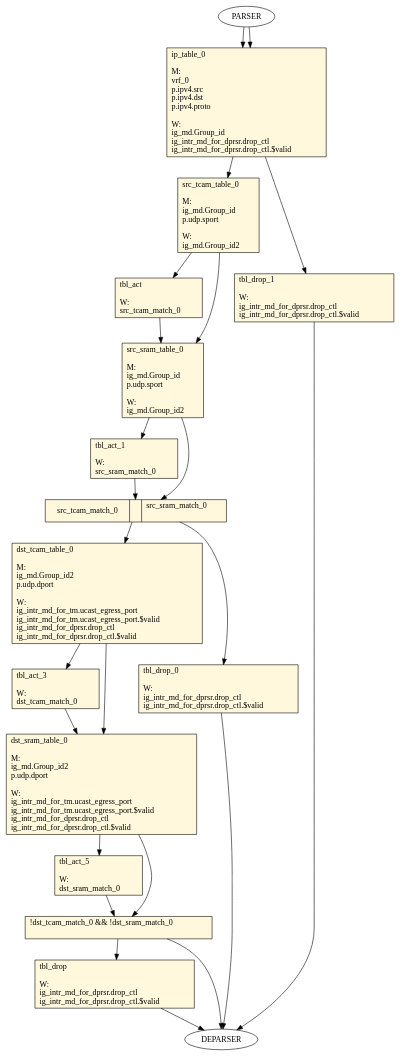
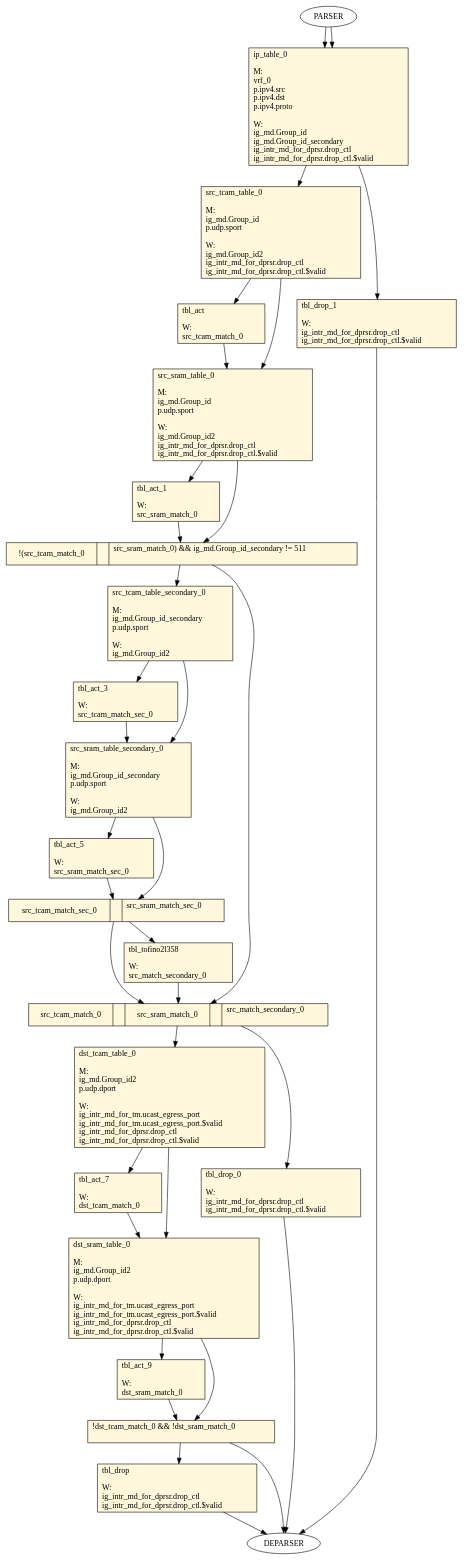
The diagram in target/tofino2/tofino2/pipe/graphs/0_table_flow_graph_ingress.dot (Moustachego/HyperLens), drawn with Graphviz before and after one commit. The commit also changed 53 other files, not shown here.

```diff
--- a/target/tofino2/tofino2/pipe/graphs/0_table_flow_graph_ingress.dot
+++ b/target/tofino2/tofino2/pipe/graphs/0_table_flow_graph_ingress.dot
@@ -1,105 +1,151 @@
 digraph ingress {
 ip_table_0 [ shape=record, style="filled", fillcolor=cornsilk, label="ip_table_0\l\l
 M:\l
  vrf_0\l
  p.ipv4.src\l
  p.ipv4.dst\l
  p.ipv4.proto\l
 \lW:\l
  ig_md.Group_id\l
+ ig_md.Group_id_secondary\l
  ig_intr_md_for_dprsr.drop_ctl\l
  ig_intr_md_for_dprsr.drop_ctl.$valid\l
  "];
 src_tcam_table_0 [ shape=record, style="filled", fillcolor=cornsilk, label="src_tcam_table_0\l\l
 M:\l
  ig_md.Group_id\l
  p.udp.sport\l
 \lW:\l
  ig_md.Group_id2\l
+ ig_intr_md_for_dprsr.drop_ctl\l
+ ig_intr_md_for_dprsr.drop_ctl.$valid\l
  "];
 tbl_drop_1 [ shape=record, style="filled", fillcolor=cornsilk, label="tbl_drop_1\l\l
 W:\l
  ig_intr_md_for_dprsr.drop_ctl\l
  ig_intr_md_for_dprsr.drop_ctl.$valid\l
  "];
 tbl_act [ shape=record, style="filled", fillcolor=cornsilk, label="tbl_act\l\l
 W:\l
  src_tcam_match_0\l
  "];
 src_sram_table_0 [ shape=record, style="filled", fillcolor=cornsilk, label="src_sram_table_0\l\l
 M:\l
  ig_md.Group_id\l
  p.udp.sport\l
 \lW:\l
  ig_md.Group_id2\l
+ ig_intr_md_for_dprsr.drop_ctl\l
+ ig_intr_md_for_dprsr.drop_ctl.$valid\l
  "];
 tbl_act_1 [ shape=record, style="filled", fillcolor=cornsilk, label="tbl_act_1\l\l
 W:\l
  src_sram_match_0\l
  "];
-cond_3 [ shape=record, style="filled", fillcolor=cornsilk, label="src_tcam_match_0 || src_sram_match_0\l\l
+cond_5 [ shape=record, style="filled", fillcolor=cornsilk, label="!(src_tcam_match_0 || src_sram_match_0) && ig_md.Group_id_secondary != 511\l\l
+ "];
+src_tcam_table_secondary_0 [ shape=record, style="filled", fillcolor=cornsilk, label="src_tcam_table_secondary_0\l\l
+M:\l
+ ig_md.Group_id_secondary\l
+ p.udp.sport\l
+\lW:\l
+ ig_md.Group_id2\l
+ "];
+cond_7 [ shape=record, style="filled", fillcolor=cornsilk, label="src_tcam_match_0 || src_sram_match_0 || src_match_secondary_0\l\l
+ "];
+tbl_act_3 [ shape=record, style="filled", fillcolor=cornsilk, label="tbl_act_3\l\l
+W:\l
+ src_tcam_match_sec_0\l
+ "];
+src_sram_table_secondary_0 [ shape=record, style="filled", fillcolor=cornsilk, label="src_sram_table_secondary_0\l\l
+M:\l
+ ig_md.Group_id_secondary\l
+ p.udp.sport\l
+\lW:\l
+ ig_md.Group_id2\l
+ "];
+tbl_act_5 [ shape=record, style="filled", fillcolor=cornsilk, label="tbl_act_5\l\l
+W:\l
+ src_sram_match_sec_0\l
+ "];
+cond_6 [ shape=record, style="filled", fillcolor=cornsilk, label="src_tcam_match_sec_0 || src_sram_match_sec_0\l\l
+ "];
+tbl_tofino2l358 [ shape=record, style="filled", fillcolor=cornsilk, label="tbl_tofino2l358\l\l
+W:\l
+ src_match_secondary_0\l
  "];
 dst_tcam_table_0 [ shape=record, style="filled", fillcolor=cornsilk, label="dst_tcam_table_0\l\l
 M:\l
  ig_md.Group_id2\l
  p.udp.dport\l
 \lW:\l
  ig_intr_md_for_tm.ucast_egress_port\l
  ig_intr_md_for_tm.ucast_egress_port.$valid\l
  ig_intr_md_for_dprsr.drop_ctl\l
  ig_intr_md_for_dprsr.drop_ctl.$valid\l
  "];
 tbl_drop_0 [ shape=record, style="filled", fillcolor=cornsilk, label="tbl_drop_0\l\l
 W:\l
  ig_intr_md_for_dprsr.drop_ctl\l
  ig_intr_md_for_dprsr.drop_ctl.$valid\l
  "];
-tbl_act_3 [ shape=record, style="filled", fillcolor=cornsilk, label="tbl_act_3\l\l
+tbl_act_7 [ shape=record, style="filled", fillcolor=cornsilk, label="tbl_act_7\l\l
 W:\l
  dst_tcam_match_0\l
  "];
 dst_sram_table_0 [ shape=record, style="filled", fillcolor=cornsilk, label="dst_sram_table_0\l\l
 M:\l
  ig_md.Group_id2\l
  p.udp.dport\l
 \lW:\l
  ig_intr_md_for_tm.ucast_egress_port\l
  ig_intr_md_for_tm.ucast_egress_port.$valid\l
  ig_intr_md_for_dprsr.drop_ctl\l
  ig_intr_md_for_dprsr.drop_ctl.$valid\l
  "];
-tbl_act_5 [ shape=record, style="filled", fillcolor=cornsilk, label="tbl_act_5\l\l
+tbl_act_9 [ shape=record, style="filled", fillcolor=cornsilk, label="tbl_act_9\l\l
 W:\l
  dst_sram_match_0\l
  "];
-cond_4 [ shape=record, style="filled", fillcolor=cornsilk, label="!dst_tcam_match_0 && !dst_sram_match_0\l\l
+cond_8 [ shape=record, style="filled", fillcolor=cornsilk, label="!dst_tcam_match_0 && !dst_sram_match_0\l\l
  "];
 tbl_drop [ shape=record, style="filled", fillcolor=cornsilk, label="tbl_drop\l\l
 W:\l
  ig_intr_md_for_dprsr.drop_ctl\l
  ig_intr_md_for_dprsr.drop_ctl.$valid\l
  "];
     PARSER -> ip_table_0
     ip_table_0 -> src_tcam_table_0
     PARSER -> ip_table_0
     ip_table_0 -> tbl_drop_1
     src_tcam_table_0 -> tbl_act
     src_tcam_table_0 -> src_sram_table_0
     tbl_act -> src_sram_table_0
     src_sram_table_0 -> tbl_act_1
-    src_sram_table_0 -> cond_3
-    tbl_act_1 -> cond_3
-    cond_3 -> dst_tcam_table_0
-    cond_3 -> tbl_drop_0
-    dst_tcam_table_0 -> tbl_act_3
+    src_sram_table_0 -> cond_5
+    tbl_act_1 -> cond_5
+    cond_5 -> src_tcam_table_secondary_0
+    cond_5 -> cond_7
+    src_tcam_table_secondary_0 -> tbl_act_3
+    src_tcam_table_secondary_0 -> src_sram_table_secondary_0
+    tbl_act_3 -> src_sram_table_secondary_0
+    src_sram_table_secondary_0 -> tbl_act_5
+    src_sram_table_secondary_0 -> cond_6
+    tbl_act_5 -> cond_6
+    cond_6 -> tbl_tofino2l358
+    cond_6 -> cond_7
+    tbl_tofino2l358 -> cond_7
+    cond_7 -> dst_tcam_table_0
+    cond_7 -> tbl_drop_0
+    dst_tcam_table_0 -> tbl_act_7
     dst_tcam_table_0 -> dst_sram_table_0
-    tbl_act_3 -> dst_sram_table_0
-    dst_sram_table_0 -> tbl_act_5
-    dst_sram_table_0 -> cond_4
-    tbl_act_5 -> cond_4
-    cond_4 -> tbl_drop
-    cond_4 -> DEPARSER
+    tbl_act_7 -> dst_sram_table_0
+    dst_sram_table_0 -> tbl_act_9
+    dst_sram_table_0 -> cond_8
+    tbl_act_9 -> cond_8
+    cond_8 -> tbl_drop
+    cond_8 -> DEPARSER
     tbl_drop -> DEPARSER
     tbl_drop_0 -> DEPARSER
     tbl_drop_1 -> DEPARSER
 }
```
